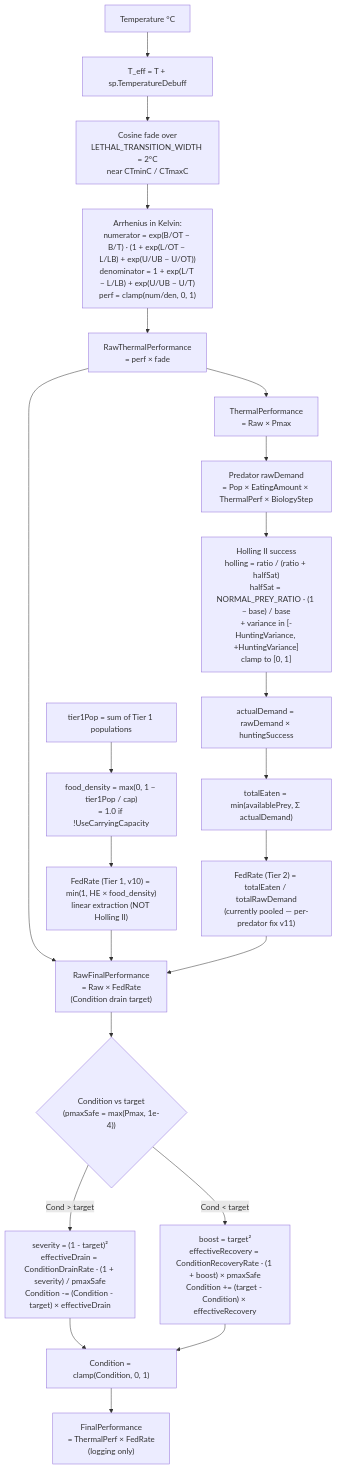
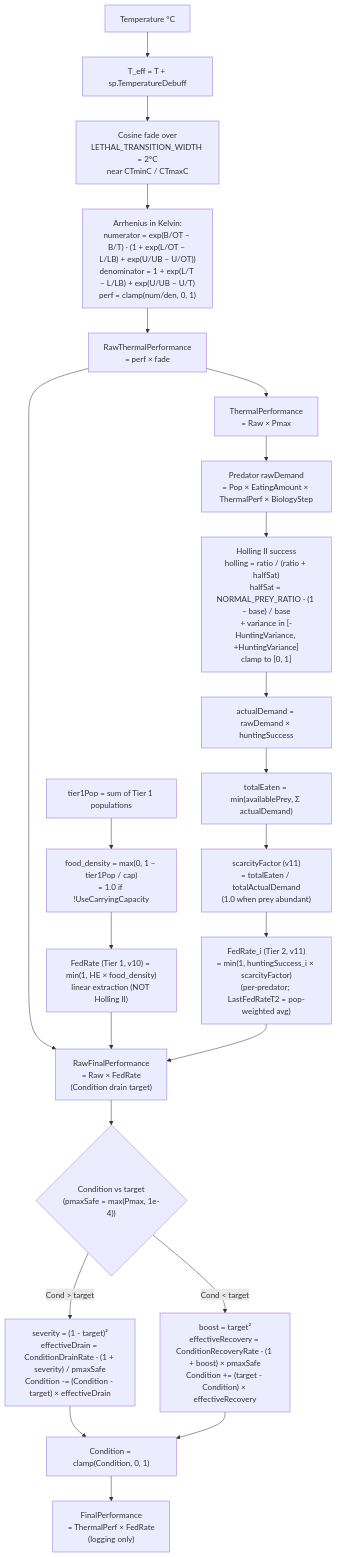
One commit to Ghostlab-Studios/tinysea changed the diagram in docs/diagrams/biology-performance-phase.md. Above: the diagram before and after it, drawn with Mermaid. The commit also changed other lines of this file and 8 other files, not shown here.

````diff
--- a/docs/diagrams/biology-performance-phase.md
+++ b/docs/diagrams/biology-performance-phase.md
@@ -5,28 +5,29 @@
 ```mermaid
 flowchart TD
     Temp["Temperature °C"] --> Offset["T_eff = T + sp.TemperatureDebuff"]
     Offset --> Fade["Cosine fade over<br/>LETHAL_TRANSITION_WIDTH = 2°C<br/>near CTminC / CTmaxC"]
     Fade --> Arr["Arrhenius in Kelvin:<br/>numerator = exp(B/OT − B/T) · (1 + exp(L/OT − L/LB) + exp(U/UB − U/OT))<br/>denominator = 1 + exp(L/T − L/LB) + exp(U/UB − U/T)<br/>perf = clamp(num/den, 0, 1)"]
     Arr --> Raw["RawThermalPerformance<br/>= perf × fade"]
     Raw --> TP["ThermalPerformance<br/>= Raw × Pmax"]
 
     Pop1["tier1Pop = sum of Tier 1 populations"] --> FoodDensity["food_density = max(0, 1 − tier1Pop / cap)<br/>= 1.0 if !UseCarryingCapacity"]
     FoodDensity --> FedRateT1["FedRate (Tier 1, v10) = min(1, HE × food_density)<br/>linear extraction (NOT Holling II)"]
 
     TP --> PredDemand["Predator rawDemand<br/>= Pop × EatingAmount × ThermalPerf × BiologyStep"]
     PredDemand --> Holling["Holling II success<br/>holling = ratio / (ratio + halfSat)<br/>halfSat = NORMAL_PREY_RATIO · (1 − base) / base<br/>+ variance in [-HuntingVariance, +HuntingVariance]<br/>clamp to [0, 1]"]
     Holling --> Actual["actualDemand = rawDemand × huntingSuccess"]
     Actual --> Eaten["totalEaten = min(availablePrey, Σ actualDemand)"]
-    Eaten --> FedRateT2["FedRate (Tier 2) = totalEaten / totalRawDemand<br/>(currently pooled — per-predator fix v11)"]
+    Eaten --> ScarcityT2["scarcityFactor (v11)<br/>= totalEaten / totalActualDemand<br/>(1.0 when prey abundant)"]
+    ScarcityT2 --> FedRateT2["FedRate_i (Tier 2, v11)<br/>= min(1, huntingSuccess_i × scarcityFactor)<br/>(per-predator; LastFedRateT2 = pop-weighted avg)"]
 
     Raw --> RFP["RawFinalPerformance<br/>= Raw × FedRate<br/>(Condition drain target)"]
     FedRateT1 --> RFP
     FedRateT2 --> RFP
 
     RFP --> CondStep{"Condition vs target<br/>(pmaxSafe = max(Pmax, 1e-4))"}
     CondStep -- "Cond > target" --> Drain["severity = (1 - target)²<br/>effectiveDrain = ConditionDrainRate · (1 + severity) / pmaxSafe<br/>Condition -= (Condition - target) × effectiveDrain"]
     CondStep -- "Cond < target" --> Recov["boost = target²<br/>effectiveRecovery = ConditionRecoveryRate · (1 + boost) × pmaxSafe<br/>Condition += (target - Condition) × effectiveRecovery"]
     Drain --> Clamp["Condition = clamp(Condition, 0, 1)"]
     Recov --> Clamp
     Clamp --> FP["FinalPerformance<br/>= ThermalPerf × FedRate<br/>(logging only)"]
 ```
````
